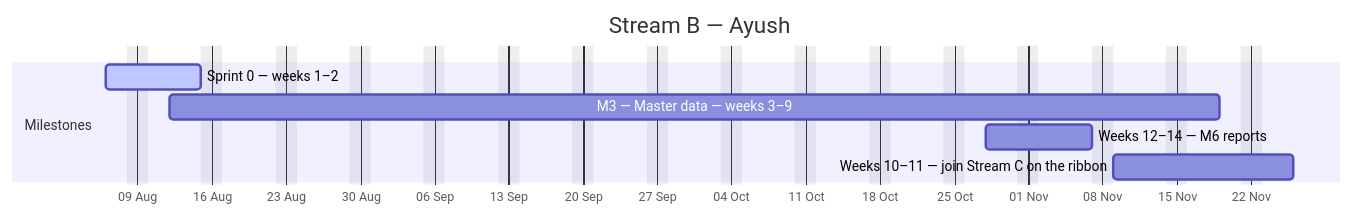
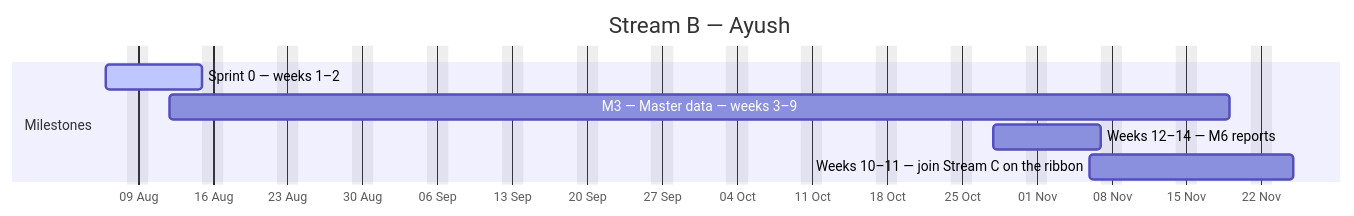
Before and after one commit to debashisedunext/EduTrack: the second of 4 diagrams in docs/plan/GANTT.md, drawn with Mermaid. The commit also changed other lines of this file and 2 other files, not shown here.

````diff
--- a/docs/plan/GANTT.md
+++ b/docs/plan/GANTT.md
@@ -143,12 +142,12 @@
 ```mermaid
 gantt
     dateFormat YYYY-MM-DD
     axisFormat %d %b
     title Stream B — Ayush
     excludes weekends
     section Milestones
     Sprint 0 — weeks 1–2 :active, b0, 2026-08-06, 7d
     M3 — Master data — weeks 3–9 :b1, 2026-08-12, 71d
     Weeks 12–14 — M6 reports :b2, 2026-10-28, 8d
-    Weeks 10–11 — join Stream C on the ribbon :b3, 2026-11-09, 13d
+    Weeks 10–11 — join Stream C on the ribbon :b3, 2026-11-06, 13d
 ```
````
